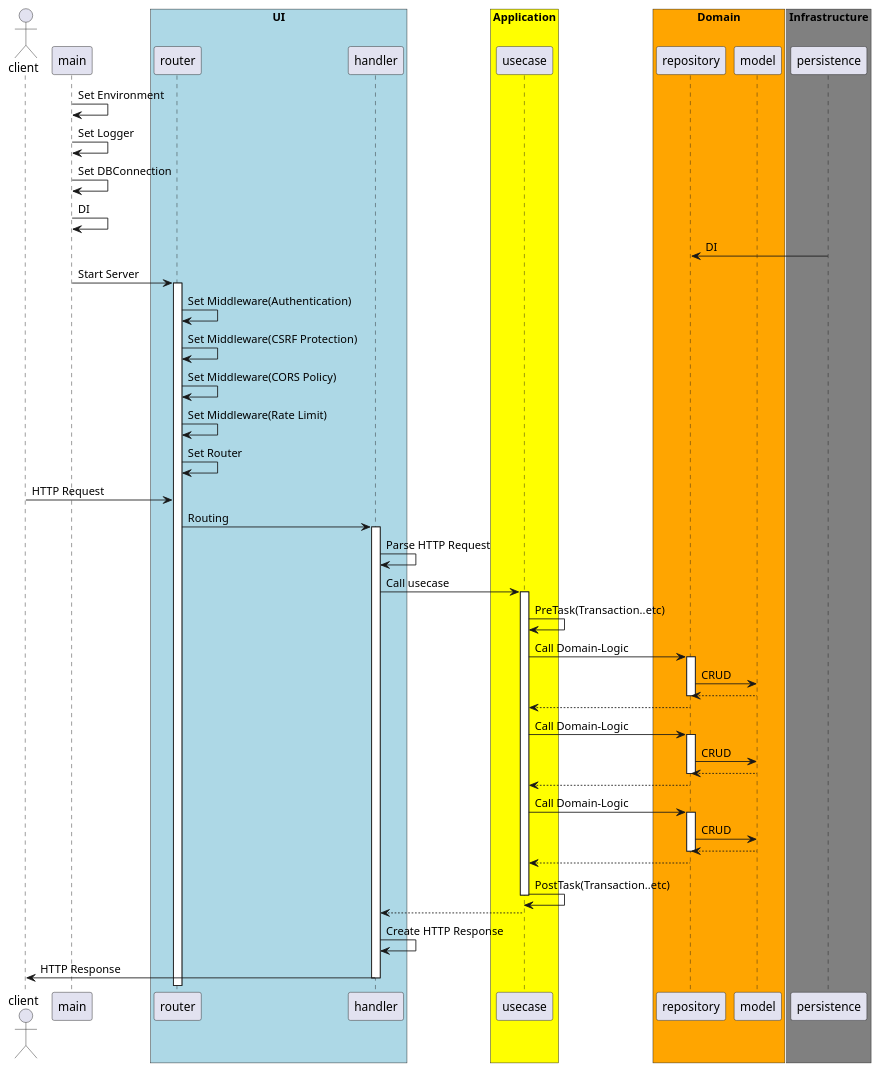
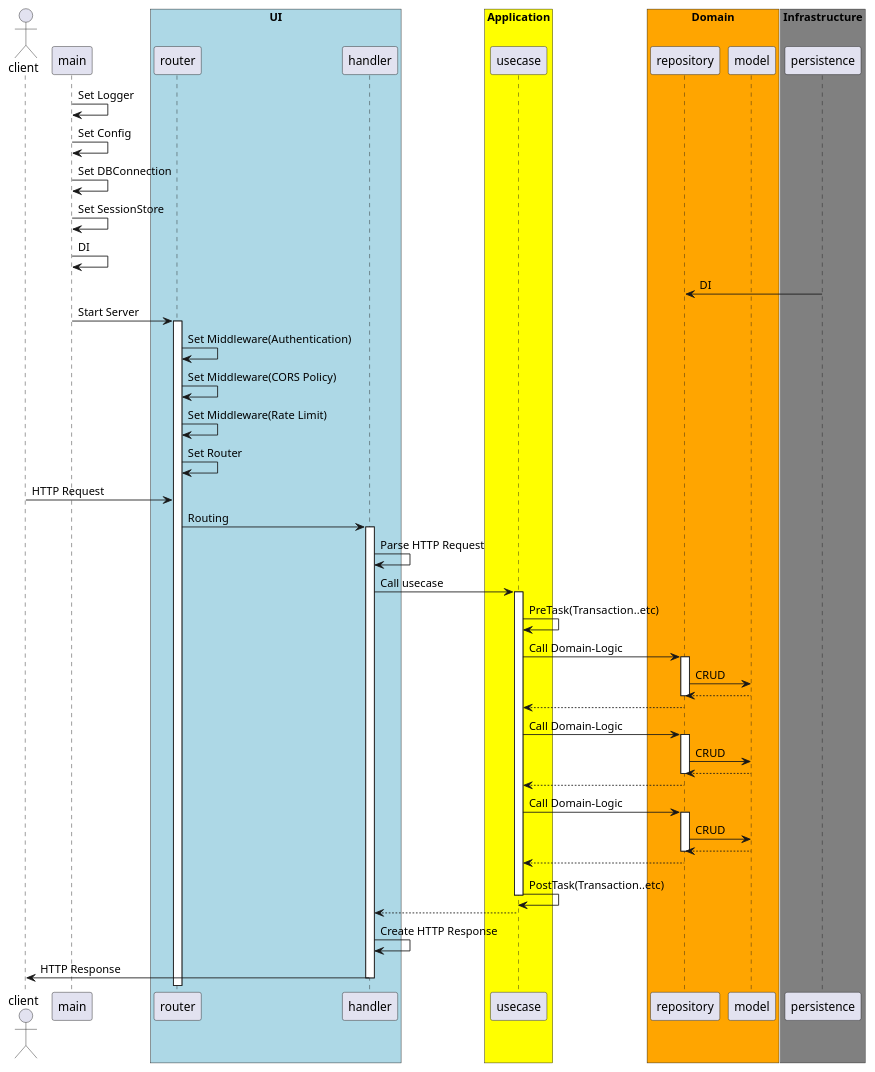
One commit to oshou/AwesomeMusic-api changed the diagram in docs/sequence.pu. Above: the diagram before and after it, drawn with PlantUML. The commit also changed 1 other file, not shown here.

```diff
--- a/docs/sequence.pu
+++ b/docs/sequence.pu
@@ -2,62 +2,62 @@
 @startuml
 actor client
 participant main
 box "UI" #LightBlue
   participant router
   participant handler
 end box
 box "Application" #Yellow
   participant usecase
 end box
 box "Domain" #Orange
   participant repository
   participant model
 end box
 box "Infrastructure" #Gray
   participant persistence
 end box
 
-main -> main: Set Environment
 main -> main: Set Logger
+main -> main: Set Config
 main -> main: Set DBConnection
+main -> main: Set SessionStore
 main -> main: DI
 persistence -> repository: DI
 main -> router: Start Server
 activate router
 router -> router: Set Middleware(Authentication)
-router -> router: Set Middleware(CSRF Protection)
 router -> router: Set Middleware(CORS Policy)
 router -> router: Set Middleware(Rate Limit)
 router -> router: Set Router
 client -> router : HTTP Request
 router -> handler: Routing
 activate handler
 handler -> handler: Parse HTTP Request
 handler -> usecase: Call usecase
 activate usecase
 usecase -> usecase: PreTask(Transaction..etc)
 usecase -> repository: Call Domain-Logic
 activate repository
 repository -> model: CRUD
 repository <-- model:
 deactivate repository
 usecase <-- repository:
 usecase -> repository: Call Domain-Logic
 activate repository
 repository -> model: CRUD
 repository <-- model:
 deactivate repository
 usecase <-- repository:
 usecase -> repository: Call Domain-Logic
 activate repository
 repository -> model: CRUD
 repository <-- model:
 deactivate repository
 usecase <-- repository:
 usecase -> usecase: PostTask(Transaction..etc)
 deactivate usecase
 handler <-- usecase:
 handler -> handler: Create HTTP Response
 client <- handler: HTTP Response
 deactivate handler
 @enduml
```
